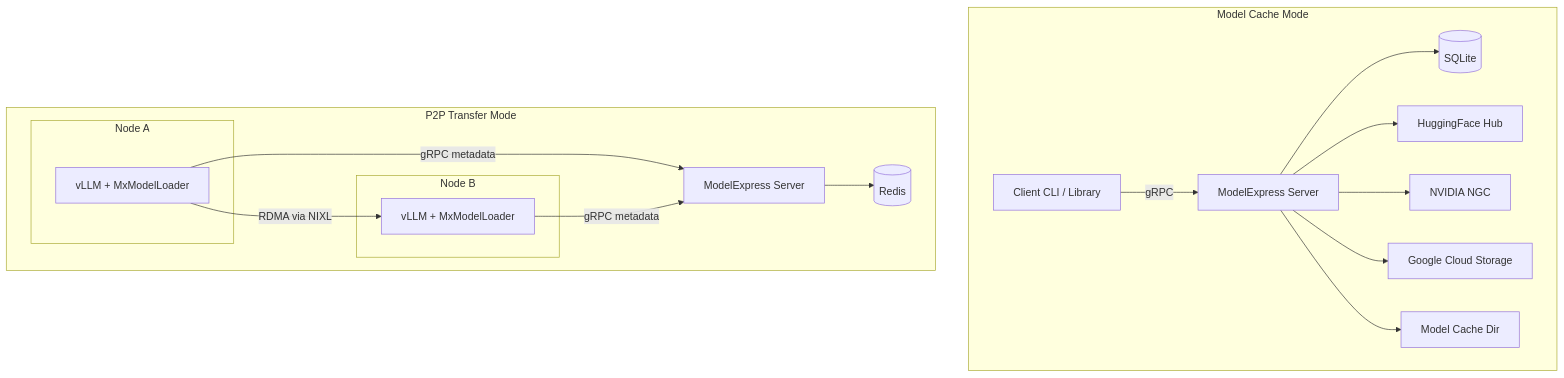
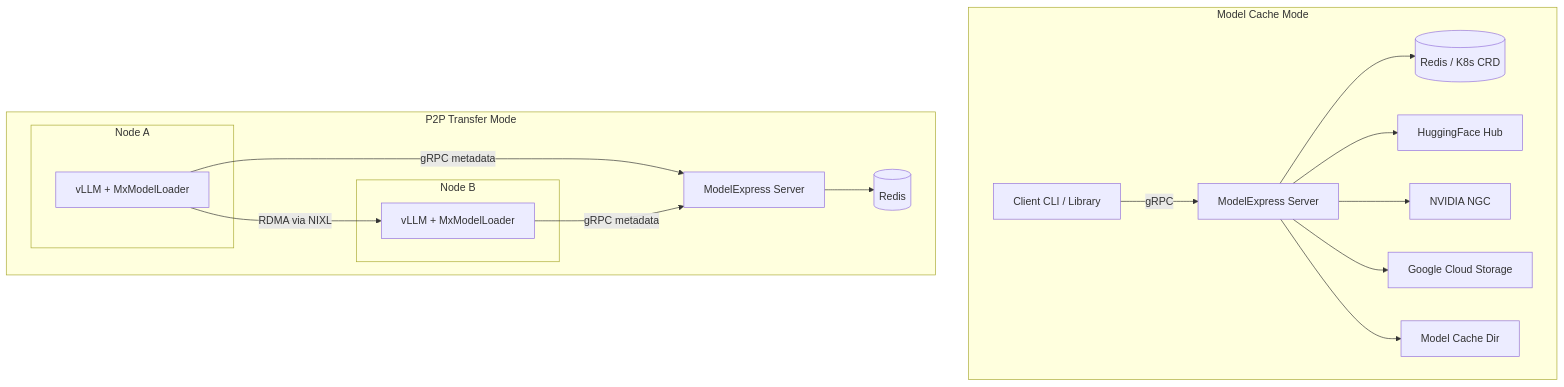
Before and after one commit to ai-dynamo/modelexpress: the first of 2 diagrams in docs/ARCHITECTURE.md, drawn with Mermaid. The commit also changed other lines of this file and 52 other files, not shown here.

````diff
--- a/docs/ARCHITECTURE.md
+++ b/docs/ARCHITECTURE.md
@@ -26,24 +26,24 @@
 ```mermaid
 graph TD
     subgraph "Model Cache Mode"
         C1[Client CLI / Library] -->|gRPC| S1[ModelExpress Server]
-        S1 --> DB[(SQLite)]
+        S1 --> R1[(Redis / K8s CRD)]
         S1 --> HF[HuggingFace Hub]
         S1 --> NGC[NVIDIA NGC]
         S1 --> GCS[Google Cloud Storage]
         S1 --> Cache[Model Cache Dir]
     end
 
     subgraph "P2P Transfer Mode"
         subgraph "Node A"
             A[vLLM + MxModelLoader]
         end
         subgraph "Node B"
             B[vLLM + MxModelLoader]
         end
         A -->|gRPC metadata| S2[ModelExpress Server]
         B -->|gRPC metadata| S2
         S2 --> R[(Redis)]
         A -- "RDMA via NIXL" --> B
     end
 ```
````
